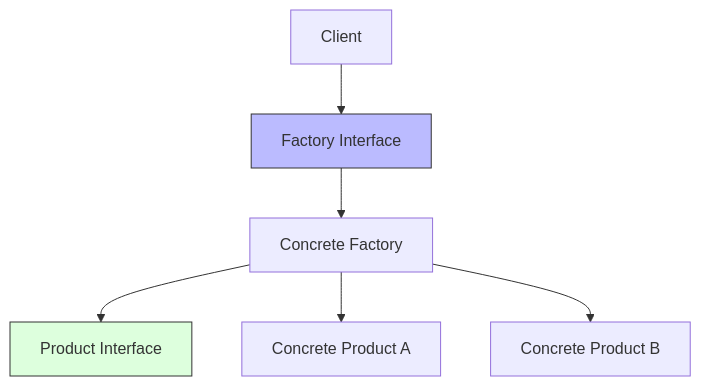
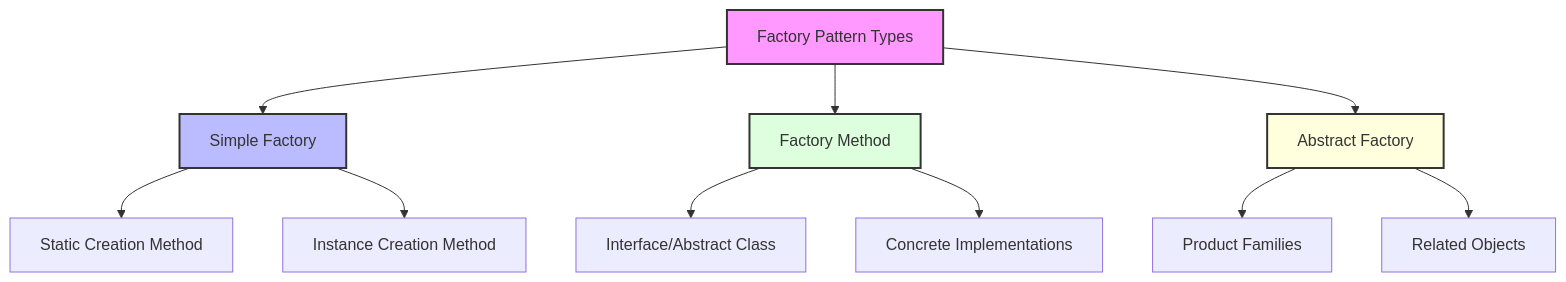
Before and after one commit to gonzaloan/crack-your-interview: the first of 2 diagrams in docs/fundamentals/software-architecture/clean-architecture/patterns/factory-pattern.md, drawn with Mermaid. The commit also changed other lines of this file and 43 other files, not shown here.

````diff
--- a/docs/fundamentals/software-architecture/clean-architecture/patterns/factory-pattern.md
+++ b/docs/fundamentals/software-architecture/clean-architecture/patterns/factory-pattern.md
@@ -22,10 +29,20 @@
 ```mermaid
 graph TD
-    A[Factory Interface] --> B[Concrete Factory]
-    B --> C[Product Interface]
-    B --> D[Concrete Product A]
-    B --> E[Concrete Product B]
-    F[Client] --> A
-    style A fill:#bbf,stroke:#333
-    style C fill:#dfd,stroke:#333
+    A[Factory Pattern Types] --> B[Simple Factory]
+    A --> C[Factory Method]
+    A --> D[Abstract Factory]
+    
+    B --> E[Static Creation Method]
+    B --> F[Instance Creation Method]
+    
+    C --> G[Interface/Abstract Class]
+    C --> H[Concrete Implementations]
+    
+    D --> I[Product Families]
+    D --> J[Related Objects]
+    
+    style A fill:#f9f,stroke:#333,stroke-width:2px
+    style B fill:#bbf,stroke:#333,stroke-width:2px
+    style C fill:#dfd,stroke:#333,stroke-width:2px
+    style D fill:#ffd,stroke:#333,stroke-width:2px
 ```
````
